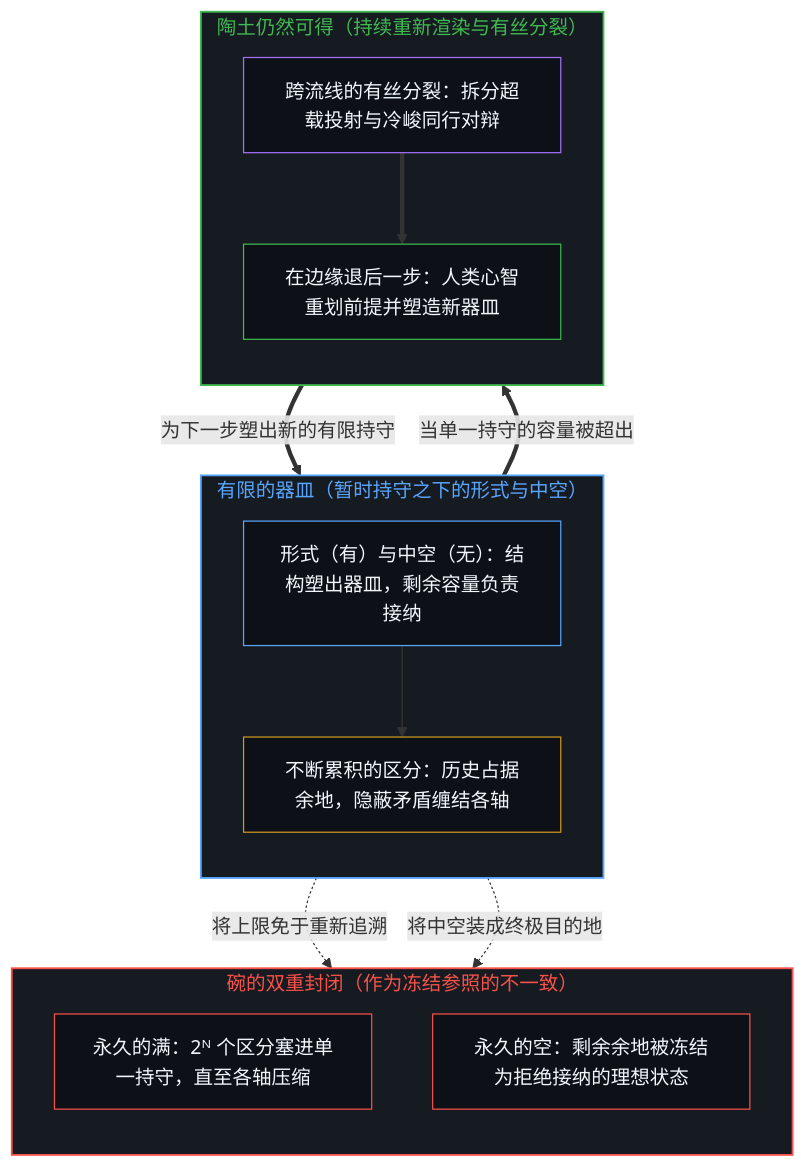
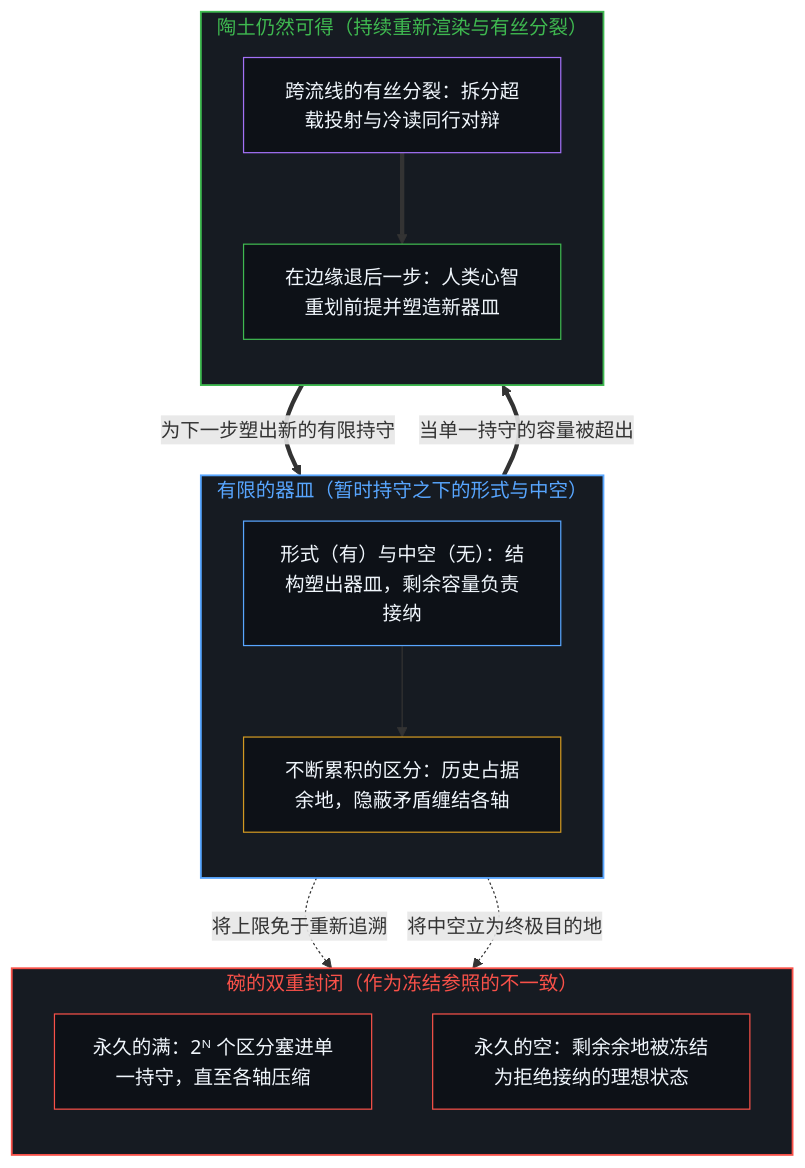
Before and after one commit to powerpig99/not-a-toe: the first of 2 diagrams in content/posts/only-if-it-is-not-kept-empty.md, drawn with Mermaid. The commit also changed other lines of this file and 18 other files, not shown here.

````diff
--- a/content/posts/only-if-it-is-not-kept-empty.md
+++ b/content/posts/only-if-it-is-not-kept-empty.md
@@ -37,33 +37,33 @@
 ```mermaid
 flowchart TD
     subgraph S_Vessel["有限的器皿（暂时持守之下的形式与中空）"]
         direction TB
         V_Form["形式（有）与中空（无）：结构塑出器皿，剩余容量负责接纳"]
         V_Load["不断累积的区分：历史占据余地，隐蔽矛盾缠结各轴"]
         V_Form --> V_Load
     end
     subgraph S_Freeze["碗的双重封闭（作为冻结参照的不一致）"]
         direction TB
         F_Full["永久的满：2ᴺ 个区分塞进单一持守，直至各轴压缩"]
         F_Empty["永久的空：剩余余地被冻结为拒绝接纳的理想状态"]
     end
     subgraph S_Open["陶土仍然可得（持续重新渲染与有丝分裂）"]
         direction TB
-        O_Mitosis["跨流线的有丝分裂：拆分超载投射与冷峻同行对辩"]
+        O_Mitosis["跨流线的有丝分裂：拆分超载投射与冷读同行对辩"]
         O_Edge["在边缘退后一步：人类心智重划前提并塑造新器皿"]
         O_Mitosis ==> O_Edge
     end
     V_Load -.->|"将上限免于重新追溯"| F_Full
-    V_Form -.->|"将中空装成终极目的地"| F_Empty
+    V_Form -.->|"将中空立为终极目的地"| F_Empty
     V_Load ==>|"当单一持守的容量被超出"| O_Mitosis
     O_Edge ==>|"为下一步塑出新的有限持守"| V_Form
     style S_Vessel fill:#161b22,stroke:#58a6ff,stroke-width:1.5px,color:#58a6ff
     style S_Freeze fill:#161b22,stroke:#f85149,stroke-width:1.5px,color:#f85149
     style S_Open fill:#161b22,stroke:#3fb950,stroke-width:1.5px,color:#3fb950
     style V_Form fill:#0d1117,stroke:#58a6ff,stroke-width:1px,color:#f0f6fc
     style V_Load fill:#0d1117,stroke:#d29922,stroke-width:1px,color:#f0f6fc
     style F_Full fill:#0d1117,stroke:#f85149,stroke-width:1px,color:#f0f6fc
     style F_Empty fill:#0d1117,stroke:#f85149,stroke-width:1px,color:#f0f6fc
     style O_Mitosis fill:#0d1117,stroke:#a371f7,stroke-width:1px,color:#f0f6fc
     style O_Edge fill:#0d1117,stroke:#3fb950,stroke-width:1px,color:#f0f6fc
 ```
````
